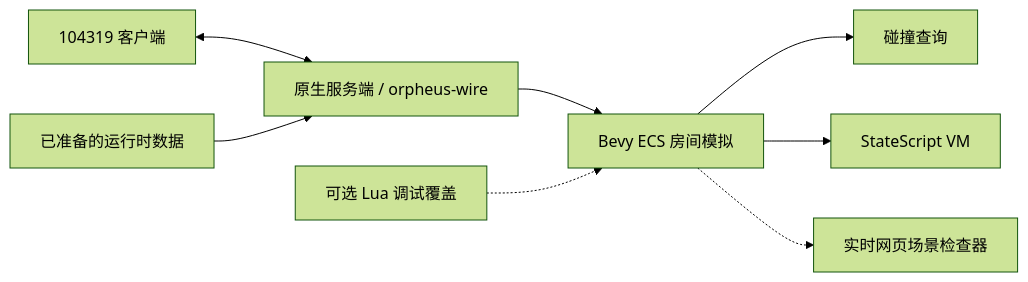
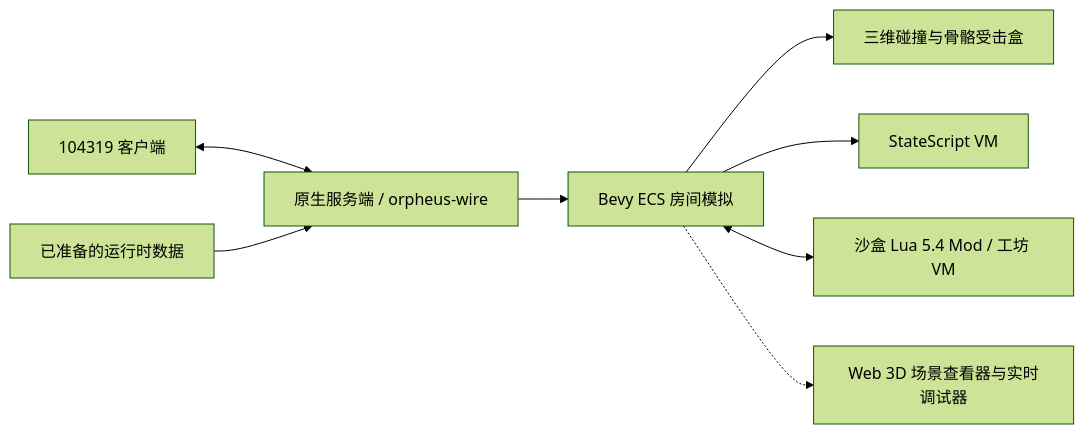
One commit to NotVerySmart123221/ORPHEUS changed the diagram in README.zh-CN.md. Above: the diagram before and after it, drawn with Mermaid (forest theme). The commit also changed other lines of this file and 7 other files, not shown here.

First line of the commit message:
docs & inspector: add 3D Orbit Web Viewer, highlight Lua 5.4 Mods, rename main->python & credit memcpy

````diff
--- a/README.zh-CN.md
+++ b/README.zh-CN.md
@@ -114,10 +120,10 @@
 ```mermaid
 flowchart LR
     Client["104319 客户端"] <--> Server["原生服务端 / orpheus-wire"]
     Server --> ECS["Bevy ECS 房间模拟"]
     Runtime["已准备的运行时数据"] --> Server
-    ECS --> Collision["碰撞查询"]
+    ECS --> Collision["三维碰撞与骨骼受击盒"]
     ECS --> StateScript["StateScript VM"]
-    ECS -.-> Inspector["实时网页场景检查器"]
-    Lua["可选 Lua 调试覆盖"] -.-> ECS
+    ECS <--> LuaMod["沙盒 Lua 5.4 Mod / 工坊 VM"]
+    ECS -.-> Inspector["Web 3D 场景查看器与实时调试器"]
 ```
````
